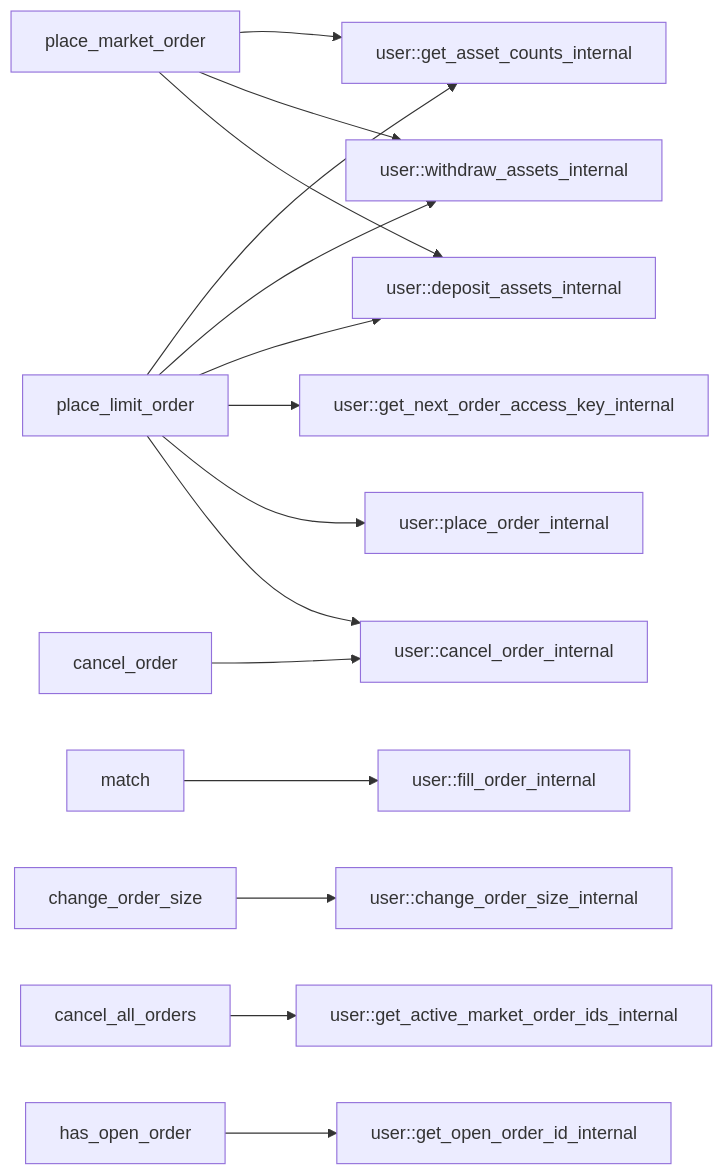
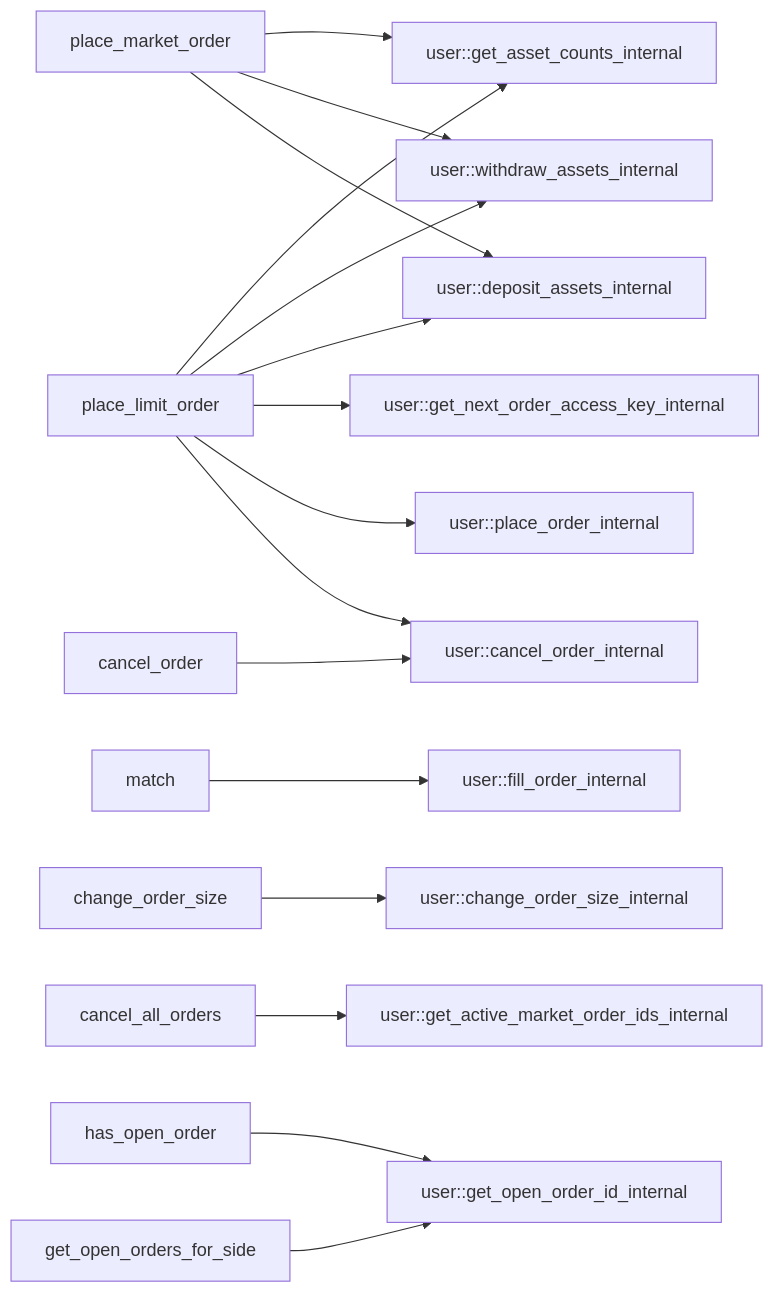
One commit to econia-labs/econia changed the ninth of 9 diagrams in src/move/econia/doc/market.md. Above: the diagram before and after it, drawn with Mermaid. The commit also changed other lines of this file and 6 other files, not shown here.

````diff
--- a/src/move/econia/doc/market.md
+++ b/src/move/econia/doc/market.md
@@ -440,26 +447,28 @@
 ``` mermaid
 
 flowchart LR
 
 place_limit_order --> user::get_asset_counts_internal
 place_limit_order --> user::withdraw_assets_internal
 place_limit_order --> user::deposit_assets_internal
 place_limit_order --> user::get_next_order_access_key_internal
 place_limit_order --> user::place_order_internal
 place_limit_order --> user::cancel_order_internal
 
 place_market_order --> user::get_asset_counts_internal
 place_market_order --> user::withdraw_assets_internal
 place_market_order --> user::deposit_assets_internal
 
 match --> user::fill_order_internal
 
 change_order_size --> user::change_order_size_internal
 
 cancel_order --> user::cancel_order_internal
 
 cancel_all_orders --> user::get_active_market_order_ids_internal
 
 has_open_order --> user::get_open_order_id_internal
 
+get_open_orders_for_side --> user::get_open_order_id_internal
+
 ```
````
